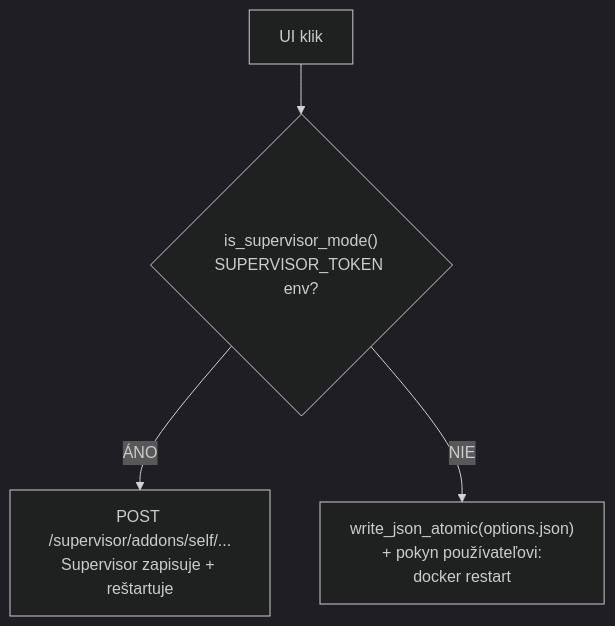
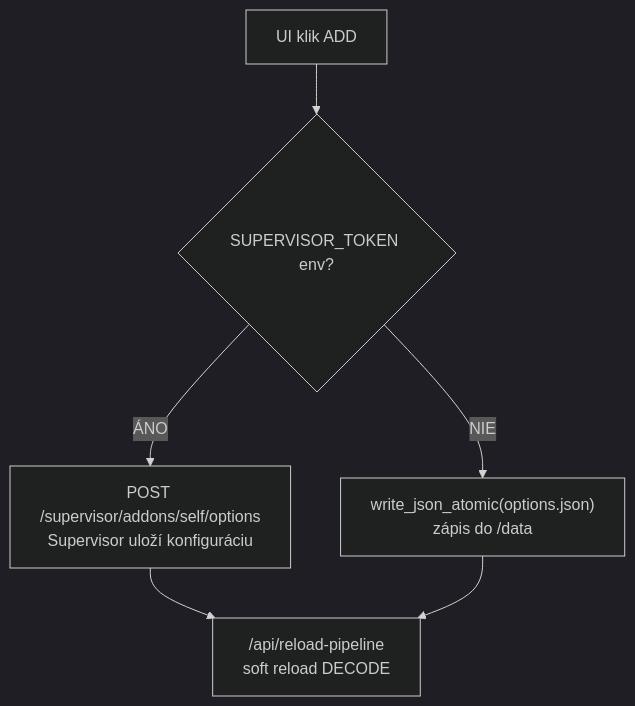
Before and after one commit to Kustonium/homeassistant-wmbus-mqtt-bridge: the sixth of 7 diagrams in docs/README.sk.md, drawn with Mermaid (dark theme). The commit also changed other lines of this file and 6 other files, not shown here.

````diff
--- a/docs/README.sk.md
+++ b/docs/README.sk.md
@@ -672,6 +651,8 @@
 ```mermaid
 flowchart TD
-  A["UI klik"] --> B{"is_supervisor_mode()<br/>SUPERVISOR_TOKEN env?"}
-  B -- "ÁNO" --> C["POST /supervisor/addons/self/...<br/>Supervisor zapisuje + reštartuje"]
-  B -- "NIE" --> D["write_json_atomic(options.json)<br/>+ pokyn používateľovi:<br/>docker restart"]
+  A["UI klik ADD"] --> B{"SUPERVISOR_TOKEN env?"}
+  B -- "ÁNO" --> C["POST /supervisor/addons/self/options<br/>Supervisor uloží konfiguráciu"]
+  B -- "NIE" --> D["write_json_atomic(options.json)<br/>zápis do /data"]
+  C --> E["/api/reload-pipeline<br/>soft reload DECODE"]
+  D --> E
 ```
````
